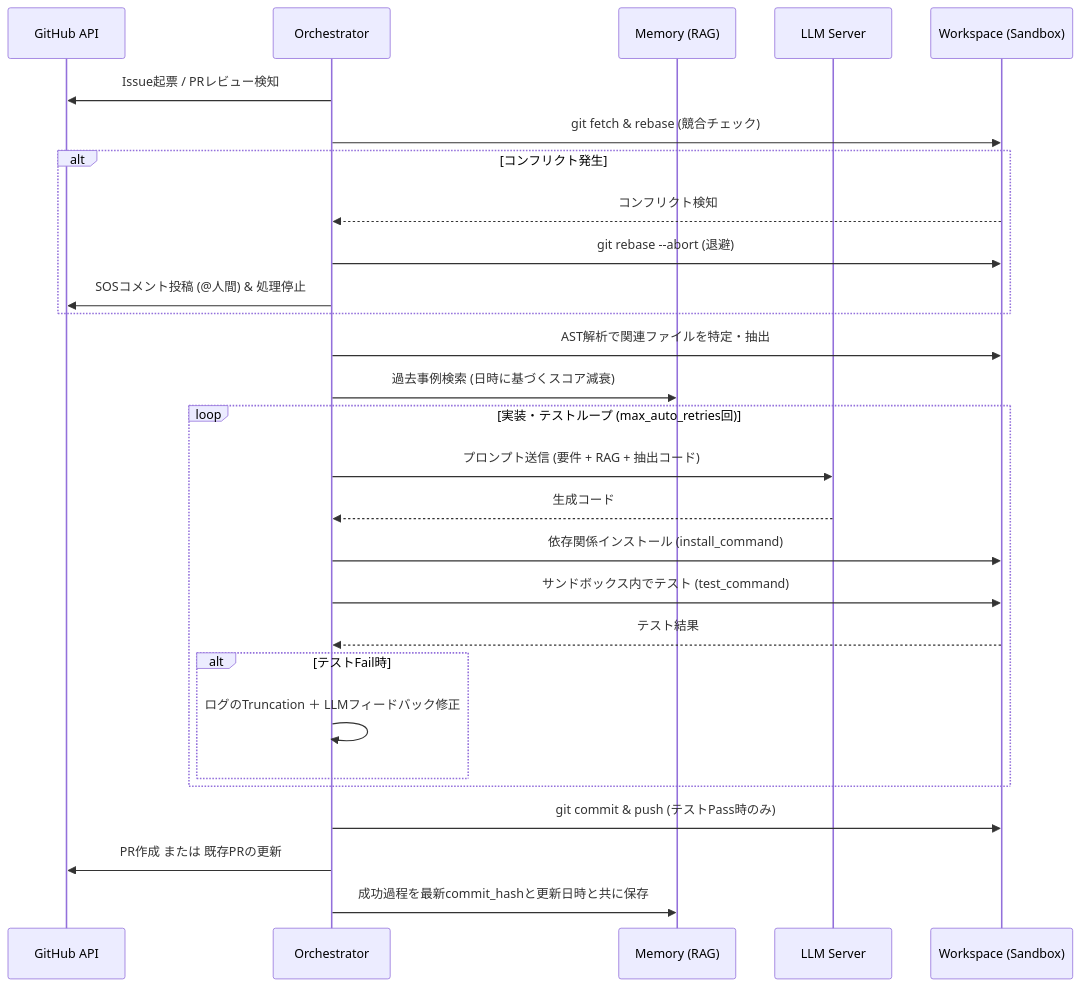
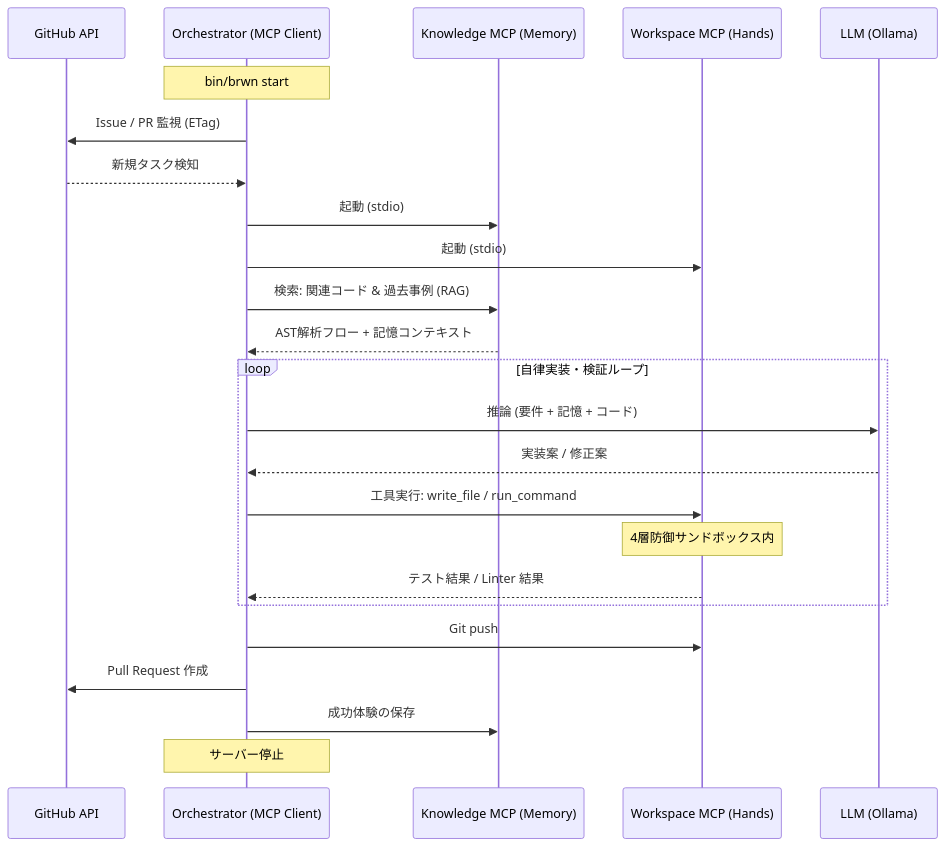
The diagram in docs/Home.md (globalpocket/brownie), drawn with Mermaid before and after one commit. The commit also changed other lines of this file and 2 other files, not shown here.

````diff
--- a/docs/Home.md
+++ b/docs/Home.md
@@ -202,36 +35,32 @@
 ```mermaid
 sequenceDiagram
     participant GH as GitHub API
-    participant ORC as Orchestrator
-    participant MEM as Memory (RAG)
-    participant LLM as LLM Server
-    participant WS as Workspace (Sandbox)
+    participant ORC as Orchestrator (MCP Client)
+    participant KNO as Knowledge MCP (Memory)
+    participant WS as Workspace MCP (Hands)
+    participant LLM as LLM (Ollama)
 
-    ORC->>GH: Issue起票 / PRレビュー検知
-    ORC->>WS: git fetch & rebase (競合チェック)
-    alt コンフリクト発生
-        WS-->>ORC: コンフリクト検知
-        ORC->>WS: git rebase --abort (退避)
-        ORC->>GH: SOSコメント投稿 (@人間) & 処理停止
-    end
+    Note over ORC: bin/brwn start
+    ORC->>GH: Issue / PR 監視 (ETag)
+    GH-->>ORC: 新規タスク検知
     
-    ORC->>WS: AST解析で関連ファイルを特定・抽出
-    ORC->>MEM: 過去事例検索 (日時に基づくスコア減衰)
+    ORC->>KNO: 起動 (stdio)
+    ORC->>WS: 起動 (stdio)
     
-    loop 実装・テストループ (max_auto_retries回)
-        ORC->>LLM: プロンプト送信 (要件 + RAG + 抽出コード)
-        LLM-->>ORC: 生成コード
+    ORC->>KNO: 検索: 関連コード & 過去事例 (RAG)
+    KNO-->>ORC: AST解析フロー + 記憶コンテキスト
+    
+    loop 自律実装・検証ループ
+        ORC->>LLM: 推論 (要件 + 記憶 + コード)
+        LLM-->>ORC: 実装案 / 修正案
         
-        ORC->>WS: 依存関係インストール (install_command)
-        ORC->>WS: サンドボックス内でテスト (test_command)
-        WS-->>ORC: テスト結果
-        
-        alt テストFail時
-            ORC->>ORC: ログのTruncation ＋ LLMフィードバック修正
-        end
+        ORC->>WS: 工具実行: write_file / run_command
+        Note over WS: 4層防御サンドボックス内
+        WS-->>ORC: テスト結果 / Linter 結果
     end
 
-    ORC->>WS: git commit & push (テストPass時のみ)
-    ORC->>GH: PR作成 または 既存PRの更新
-    ORC->>MEM: 成功過程を最新commit_hashと更新日時と共に保存
+    ORC->>WS: Git push
+    ORC->>GH: Pull Request 作成
+    ORC->>KNO: 成功体験の保存
+    Note over ORC: サーバー停止
 ```
````
